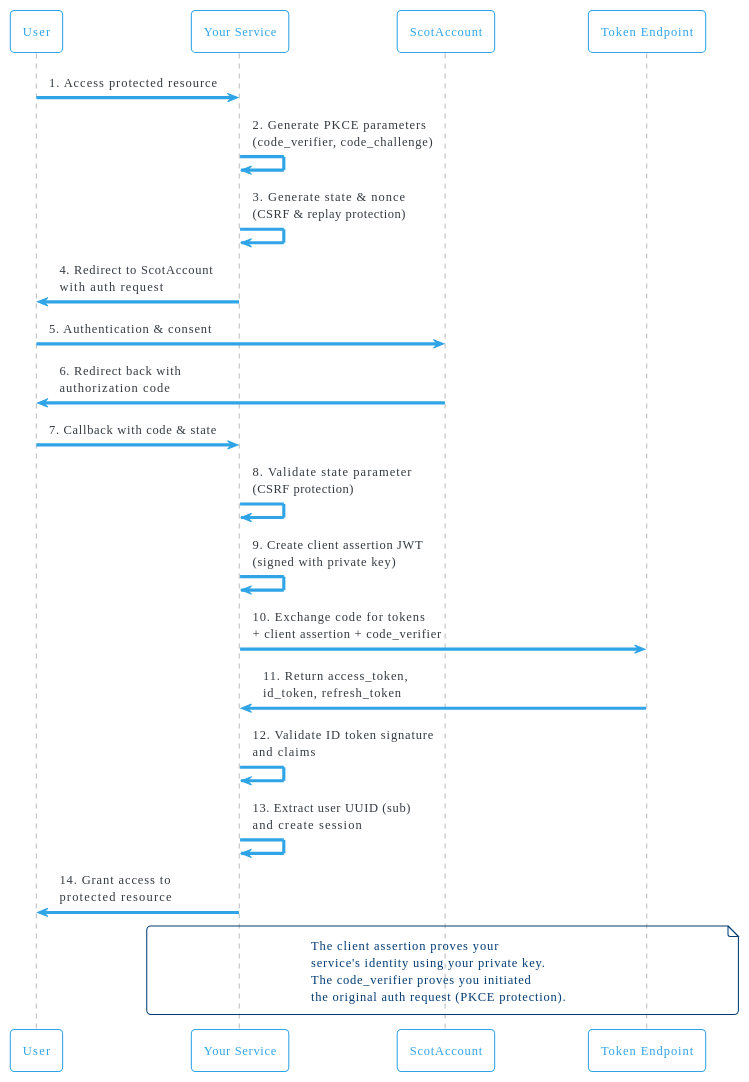
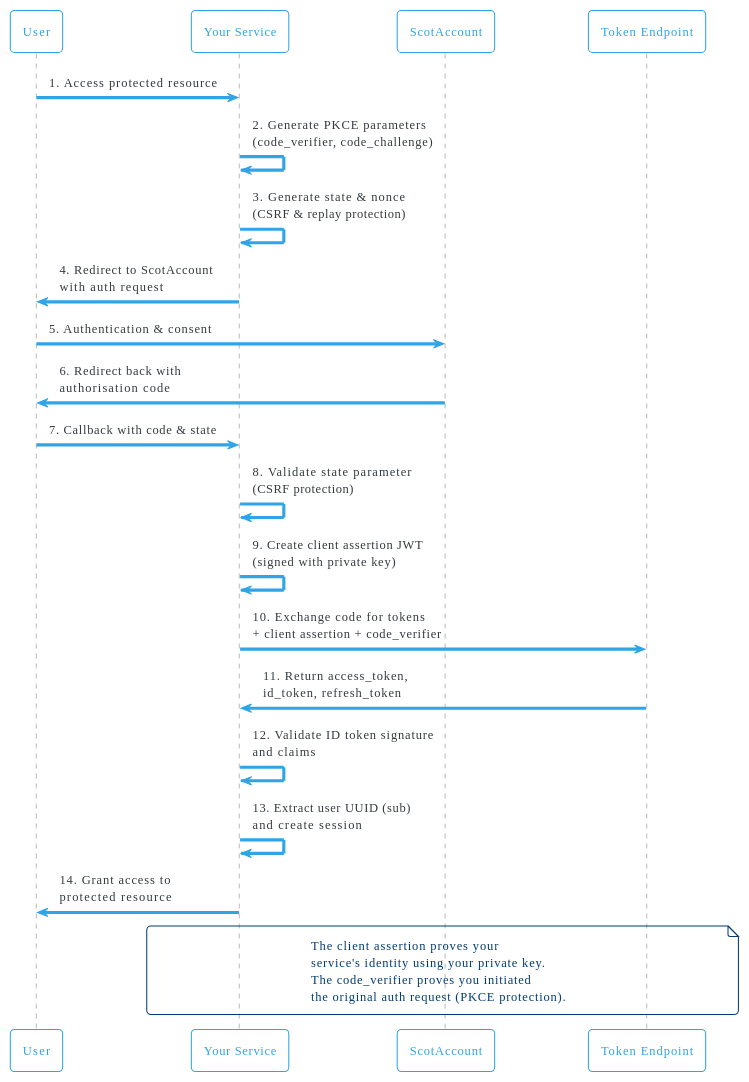
Before and after one commit to AIAppliedUK/sg-identity-techdocs: the first of 3 diagrams in src/scotaccount-complete-guide.md, drawn with PlantUML. The commit also changed other lines of this file and 15 other files, not shown here.

````diff
--- a/src/scotaccount-complete-guide.md
+++ b/src/scotaccount-complete-guide.md
@@ -250,33 +250,33 @@
 ```plantuml
 @startuml OpenID Connect Authentication Flow
 !theme cerulean-outline
 
 participant "User" as User
 participant "Your Service" as Service
 participant "ScotAccount" as SA
 participant "Token Endpoint" as Token
 
 User -> Service: 1. Access protected resource
 Service -> Service: 2. Generate PKCE parameters\n(code_verifier, code_challenge)
 Service -> Service: 3. Generate state & nonce\n(CSRF & replay protection)
 Service -> User: 4. Redirect to ScotAccount\nwith auth request
 User -> SA: 5. Authentication & consent
-SA -> User: 6. Redirect back with\nauthorization code
+SA -> User: 6. Redirect back with\nauthorisation code
 User -> Service: 7. Callback with code & state
 Service -> Service: 8. Validate state parameter\n(CSRF protection)
 Service -> Service: 9. Create client assertion JWT\n(signed with private key)
 Service -> Token: 10. Exchange code for tokens\n+ client assertion + code_verifier
 Token -> Service: 11. Return access_token,\nid_token, refresh_token
 Service -> Service: 12. Validate ID token signature\nand claims
 Service -> Service: 13. Extract user UUID (sub)\nand create session
 Service -> User: 14. Grant access to\nprotected resource
 
 note over Service, Token
 The client assertion proves your
 service's identity using your private key.
 The code_verifier proves you initiated
 the original auth request (PKCE protection).
 end note
 
 @enduml
 ```
````
